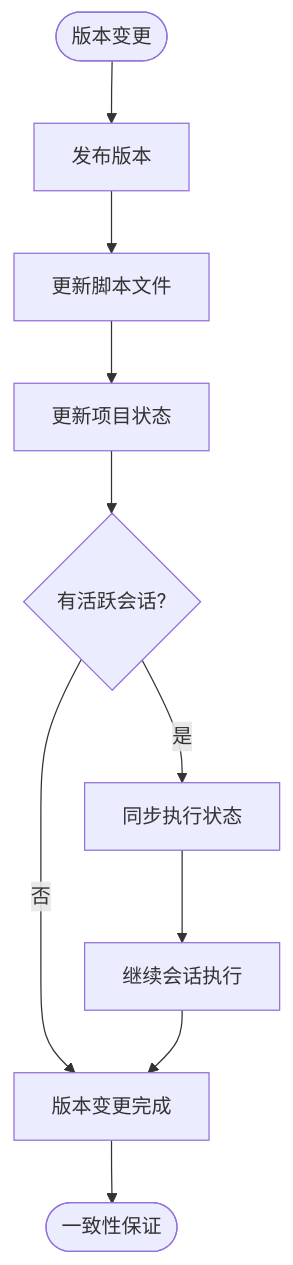
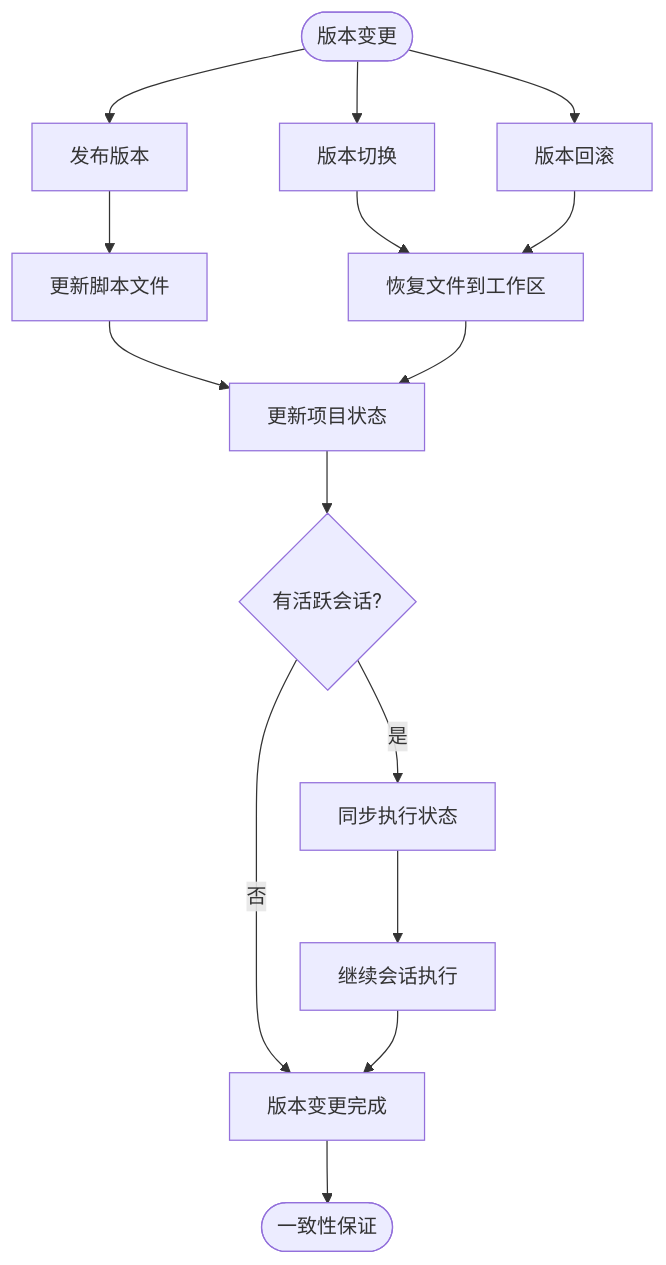
The fourth of 6 diagrams in .qoder/repowiki/zh/content/API接口文档/版本控制API.md (EverettCamus/HeartRule-Qoder), drawn with Mermaid before and after one commit. The commit also changed other lines of this file and 40 other files, not shown here.

````diff
--- a/.qoder/repowiki/zh/content/API接口文档/版本控制API.md
+++ b/.qoder/repowiki/zh/content/API接口文档/版本控制API.md
@@ -281,12 +326,17 @@
 ```mermaid
 flowchart TD
 Start([版本变更]) --> Publish["发布版本"]
+Start --> Switch["版本切换"]
+Start --> Rollback["版本回滚"]
 Publish --> UpdateFiles["更新脚本文件"]
+Switch --> RestoreFiles["恢复文件到工作区"]
+Rollback --> RestoreFiles
 UpdateFiles --> UpdateProject["更新项目状态"]
+RestoreFiles --> UpdateProject
 UpdateProject --> CheckSessions{"有活跃会话?"}
 CheckSessions --> |否| Complete["版本变更完成"]
 CheckSessions --> |是| SyncState["同步执行状态"]
 SyncState --> ContinueExec["继续会话执行"]
 ContinueExec --> Complete
 Complete --> End([一致性保证])
 ```
````
